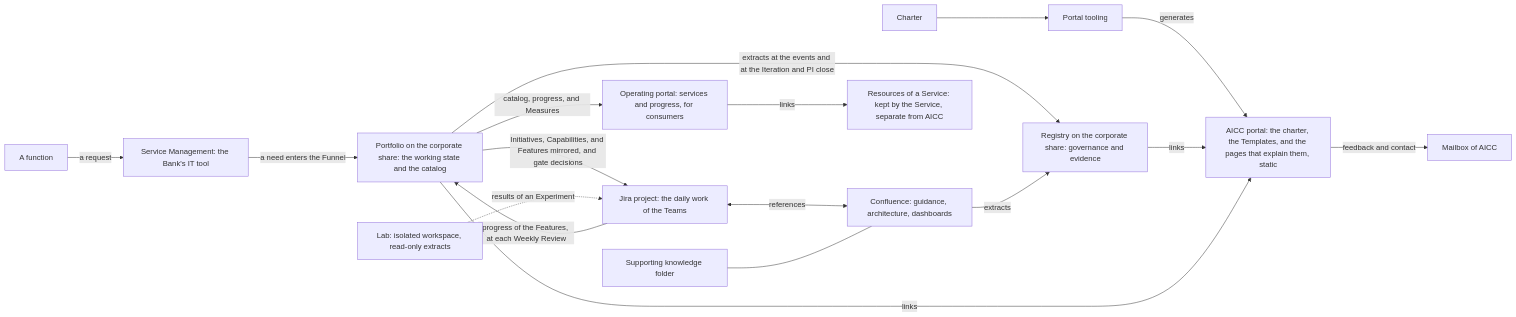
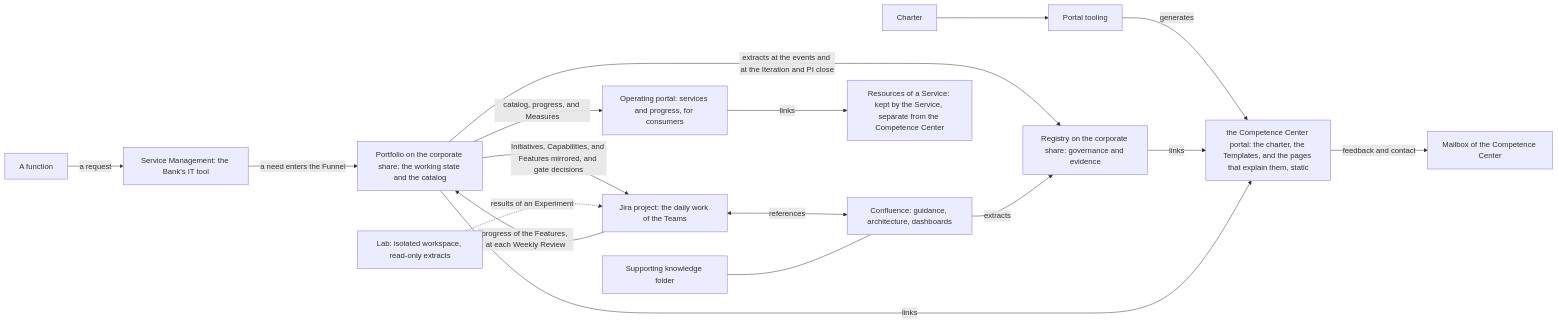
The diagram in charter/en/workflows/collaboration-tooling.md (devhogu/ob-aicc), drawn with Mermaid before and after one commit. The commit also changed other lines of this file and 1149 other files, not shown here.

First line of the commit message:
The name Competence Center: AICC stays only as a code (DR-2026-066)

````diff
--- a/charter/en/workflows/collaboration-tooling.md
+++ b/charter/en/workflows/collaboration-tooling.md
@@ -11,19 +11,19 @@
 ```mermaid
 flowchart LR
   F["A function"] -->|"a request"| SM["Service Management: the Bank's IT tool"]
   SM -->|"a need enters the Funnel"| P["Portfolio on the corporate share: the working state and the catalog"]
   P -->|"Initiatives, Capabilities, and Features mirrored, and gate decisions"| J["Jira project: the daily work of the Teams"]
   J -->|"progress of the Features, at each Weekly Review"| P
   J <-->|"references"| C["Confluence: guidance, architecture, dashboards"]
   K["Supporting knowledge folder"] --- C
   P -->|"extracts at the events and at the Iteration and PI close"| R["Registry on the corporate share: governance and evidence"]
   C -->|"extracts"| R
   CH["Charter"] --> PT["Portal tooling"]
-  PT -->|"generates"| AP["AICC portal: the charter, the Templates, and the pages that explain them, static"]
+  PT -->|"generates"| AP["the Competence Center portal: the charter, the Templates, and the pages that explain them, static"]
   R -->|"links"| AP
   P -->|"links"| AP
-  AP -->|"feedback and contact"| MB["Mailbox of AICC"]
+  AP -->|"feedback and contact"| MB["Mailbox of the Competence Center"]
   LB["Lab: isolated workspace, read-only extracts"] -.->|"results of an Experiment"| J
   P -->|"catalog, progress, and Measures"| OP["Operating portal: services and progress, for consumers"]
-  OP -->|"links"| SP["Resources of a Service: kept by the Service, separate from AICC"]
+  OP -->|"links"| SP["Resources of a Service: kept by the Service, separate from the Competence Center"]
 ```
````
